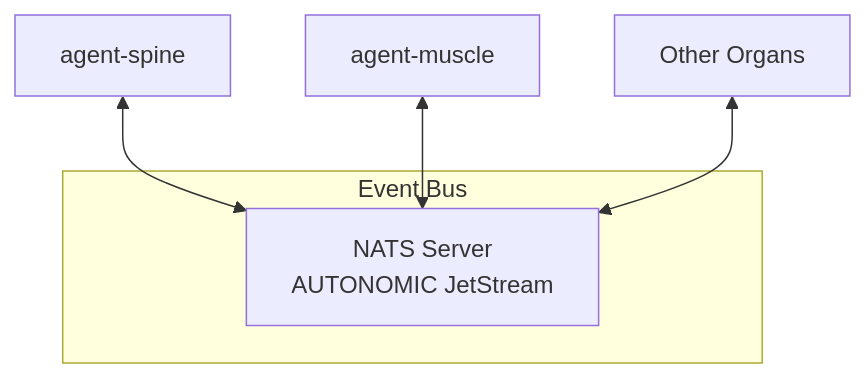
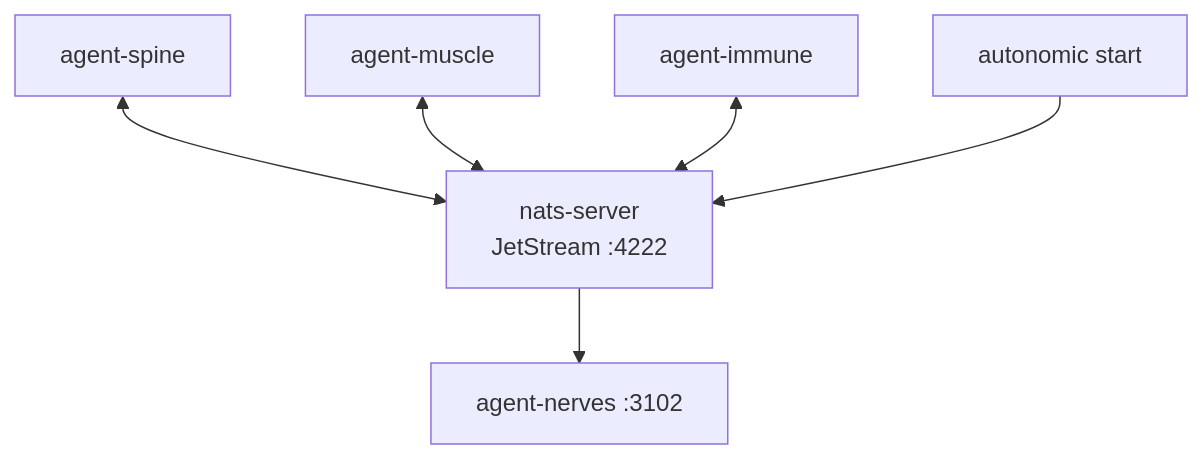
One commit to autonomic-ai-dev/agent-nerves changed the diagram in README.md. Above: the diagram before and after it, drawn with Mermaid. The commit also changed other lines of this file, not shown here.

Commit message:
docs: expand README with NATS start order and agent-brain-style sections

````diff
--- a/README.md
+++ b/README.md
@@ -7,9 +24,10 @@
 ```mermaid
 flowchart TD
-    subgraph Event Bus
-        NATS[NATS Server<br>AUTONOMIC JetStream]
-    end
+    NATS[nats-server<br>JetStream :4222]
+    Nerves[agent-nerves :3102]
     Spine[agent-spine] <--> NATS
     Muscle[agent-muscle] <--> NATS
-    Other[Other Organs] <--> NATS
+    Immune[agent-immune] <--> NATS
+    autonomic[autonomic start] --> NATS
+    NATS --> Nerves
 ```
````
